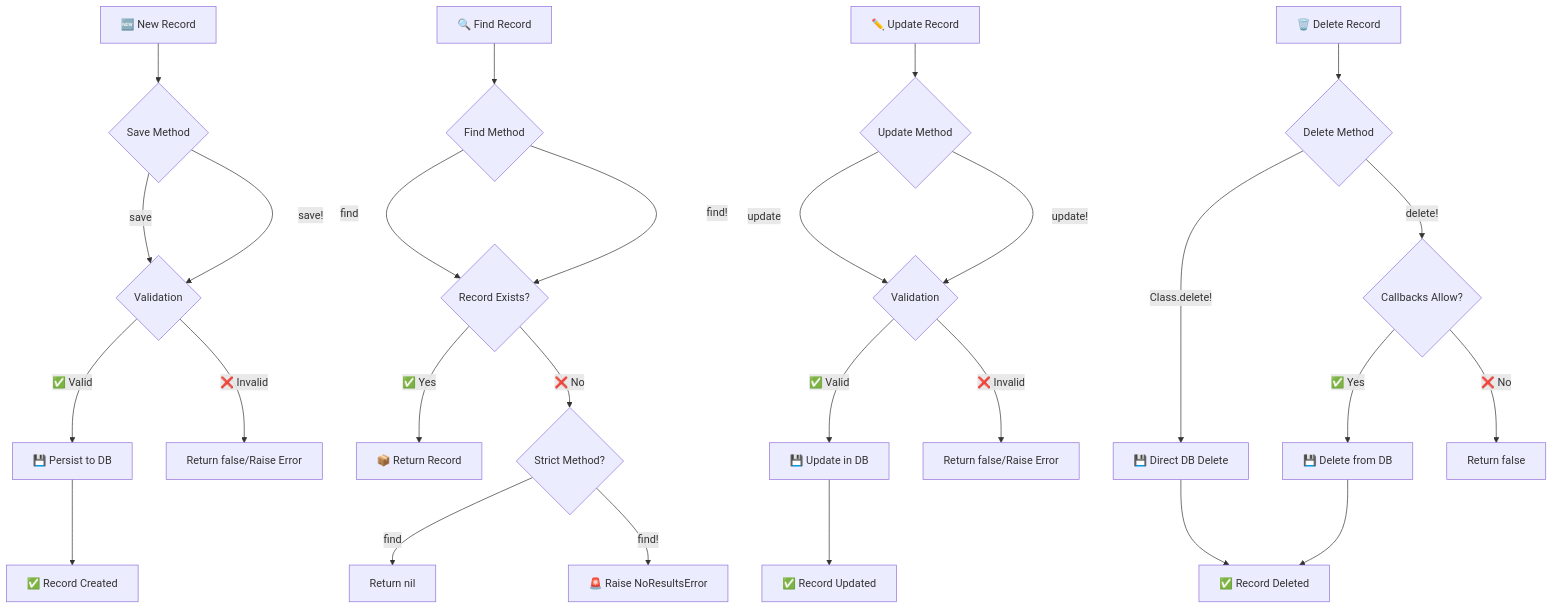
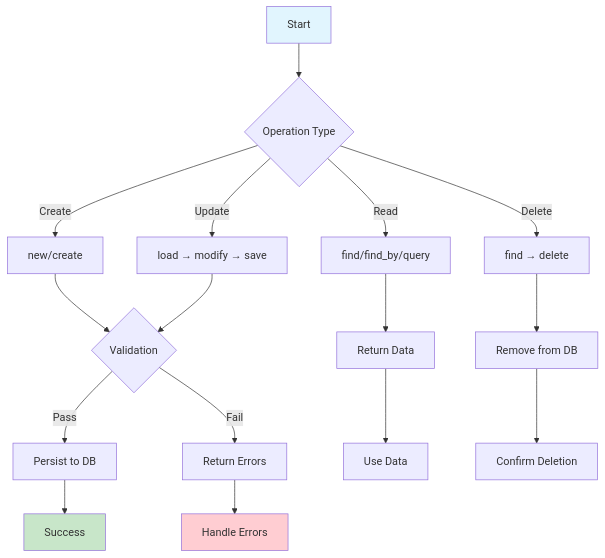
Before and after one commit to azutoolkit/cql: the diagram in docs/core-concepts/crud-operations/README.md, drawn with Mermaid. The commit also changed other lines of this file and 10 other files, not shown here.

````diff
--- a/docs/core-concepts/crud-operations/README.md
+++ b/docs/core-concepts/crud-operations/README.md
@@ -478,32 +308,26 @@
-```mermaid fullWidth="true"
+```mermaid 
 graph TD
-    A[🆕 New Record] --> B{Save Method}
-    B -->|save| C{Validation}
-    B -->|save!| C
-    C -->|✅ Valid| D[💾 Persist to DB]
-    C -->|❌ Invalid| E[Return false/Raise Error]
-    D --> F[✅ Record Created]
+    A[Start] --> B{Operation Type}
 
-    G[🔍 Find Record] --> H{Find Method}
-    H -->|find| I{Record Exists?}
-    H -->|find!| I
-    I -->|✅ Yes| J[📦 Return Record]
-    I -->|❌ No| K{Strict Method?}
-    K -->|find| L[Return nil]
-    K -->|find!| M[🚨 Raise NoResultsError]
+    B -->|Create| C[new/create]
+    B -->|Read| D[find/find_by/query]
+    B -->|Update| E[load → modify → save]
+    B -->|Delete| F[find → delete]
 
-    N[✏️ Update Record] --> O{Update Method}
-    O -->|update| P{Validation}
-    O -->|update!| P
-    P -->|✅ Valid| Q[💾 Update in DB]
-    P -->|❌ Invalid| R[Return false/Raise Error]
-    Q --> S[✅ Record Updated]
+    C --> G{Validation}
+    D --> H[Return Data]
+    E --> G
+    F --> I[Remove from DB]
 
-    T[🗑️ Delete Record] --> U{Delete Method}
-    U -->|delete!| V{Callbacks Allow?}
-    U -->|Class.delete!| W[💾 Direct DB Delete]
-    V -->|✅ Yes| X[💾 Delete from DB]
-    V -->|❌ No| Y[Return false]
-    W --> Z[✅ Record Deleted]
-    X --> Z
+    G -->|Pass| J[Persist to DB]
+    G -->|Fail| K[Return Errors]
+
+    J --> L[Success]
+    K --> M[Handle Errors]
+    H --> N[Use Data]
+    I --> O[Confirm Deletion]
+
+    style A fill:#e1f5fe
+    style L fill:#c8e6c9
+    style M fill:#ffcdd2
 ```
````
